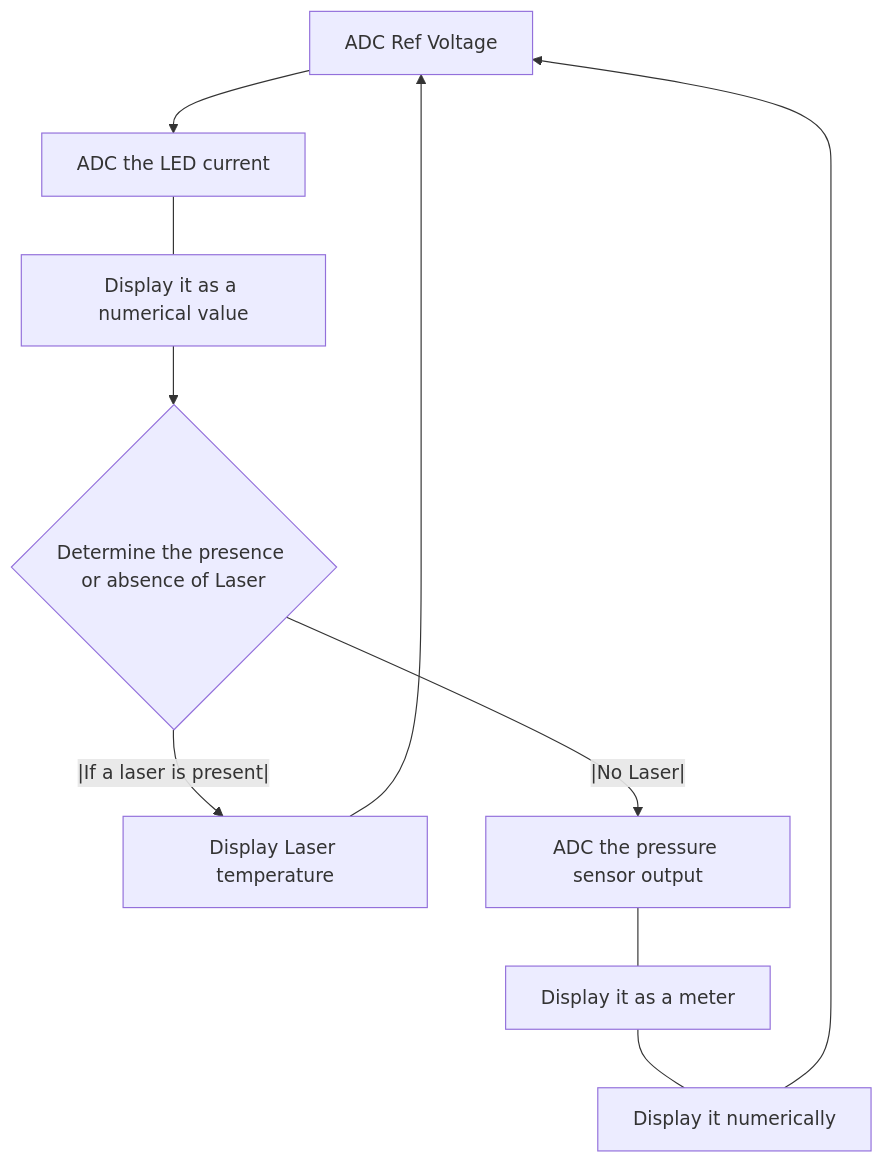
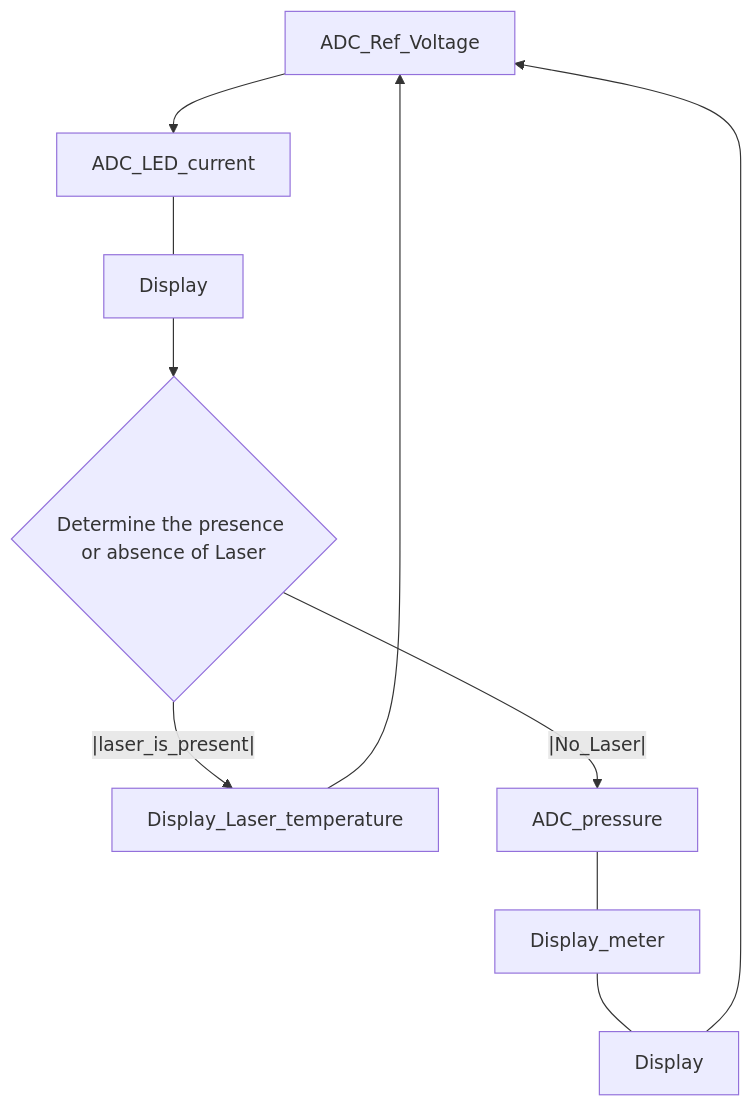
One commit to agysft/CPnP_Z changed the diagram in README.md. Above: the diagram before and after it, drawn with Mermaid.

````diff
--- a/README.md
+++ b/README.md
@@ -5,13 +5,12 @@
 ```mermaid
 graph TD;
-    A[ADC Ref Voltage]-->B[ADC the LED current];
-    B---H[Display it as a numerical value];
+    A[ADC_Ref_Voltage]-->B[ADC_LED_current];
+    B---H[Display];
     H-->C{Determine the presence or absence of Laser};
-    C--|If a laser is present|-->D;
-    C--|No Laser|-->E;
-    D[Display Laser temperature];
-    E[ADC the pressure sensor output]---F[Display it as a meter];
-    F---G[Display it numerically];
+    C--|laser_is_present|-->D[Display_Laser_temperature];
+    D-->A;
+    C--|No_Laser|-->E[ADC_pressure];
+    E---F[Display_meter];
+    F---G[Display];
     G-->A;
-    D-->A;
 ```
````
